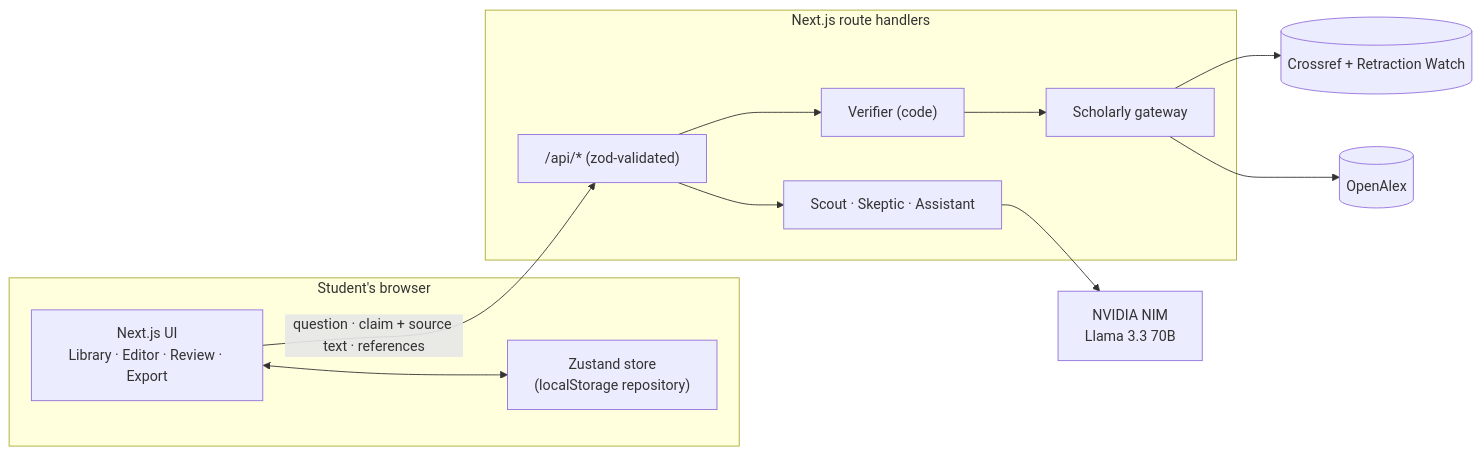
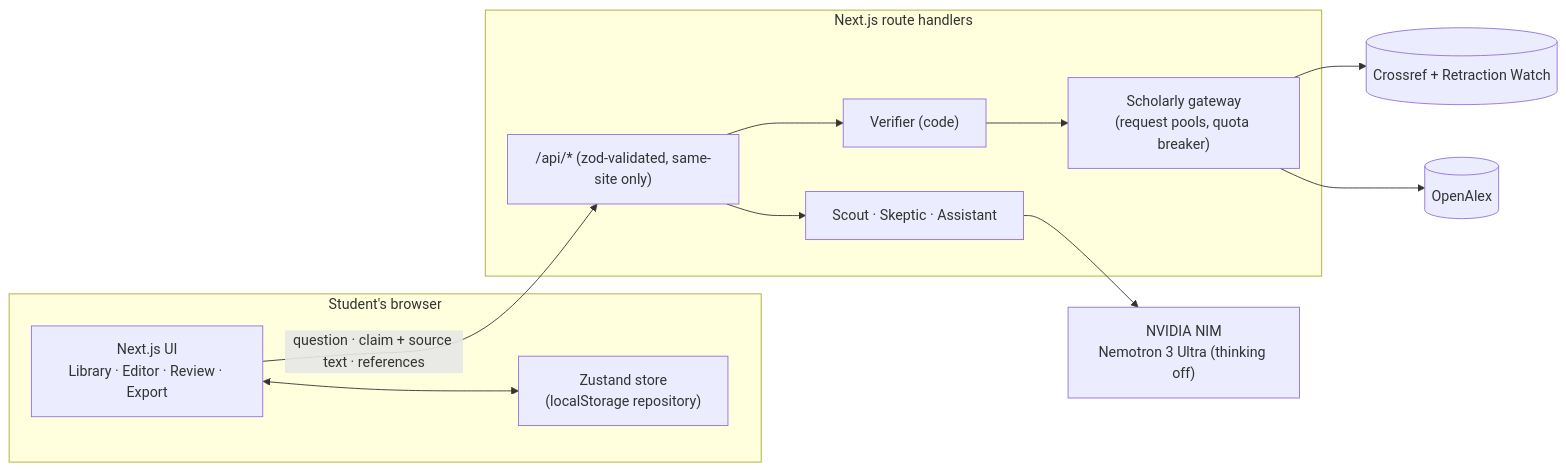
One commit to N33L22/ai-club-hackathon changed the diagram in claimtrace/docs/ARCHITECTURE.md. Above: the diagram before and after it, drawn with Mermaid. The commit also changed other lines of this file and 5219 other files, not shown here.

````diff
--- a/claimtrace/docs/ARCHITECTURE.md
+++ b/claimtrace/docs/ARCHITECTURE.md
@@ -13,20 +13,20 @@
 ```mermaid
 flowchart LR
   subgraph Browser["Student's browser"]
     UI["Next.js UI<br/>Library · Editor · Review · Export"]
     Store["Zustand store<br/>(localStorage repository)"]
     UI <--> Store
   end
   subgraph Server["Next.js route handlers"]
-    API["/api/* (zod-validated)"]
+    API["/api/* (zod-validated, same-site only)"]
     Verifier["Verifier (code)"]
     Agents["Scout · Skeptic · Assistant"]
-    Gateway["Scholarly gateway"]
+    Gateway["Scholarly gateway<br/>(request pools, quota breaker)"]
     API --> Verifier --> Gateway
     API --> Agents
   end
   UI -- "question · claim + source text · references" --> API
   Gateway --> Crossref[(Crossref + Retraction Watch)]
   Gateway --> OpenAlex[(OpenAlex)]
-  Agents --> NIM["NVIDIA NIM<br/>Llama 3.3 70B"]
+  Agents --> NIM["NVIDIA NIM<br/>Nemotron 3 Ultra (thinking off)"]
 ```
````
